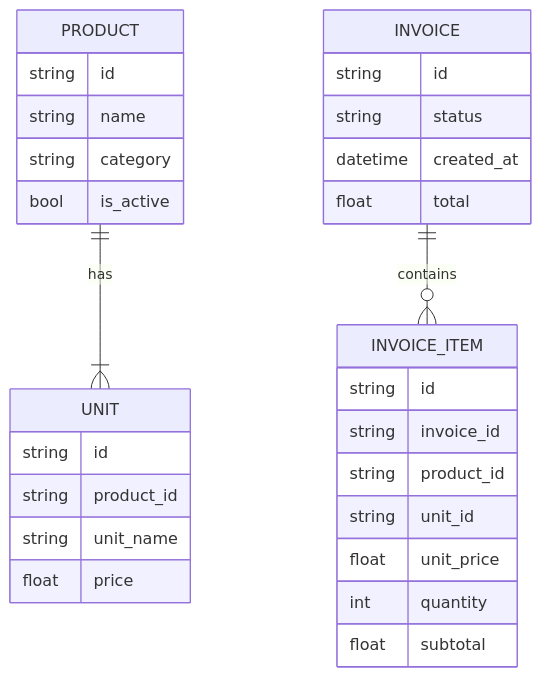
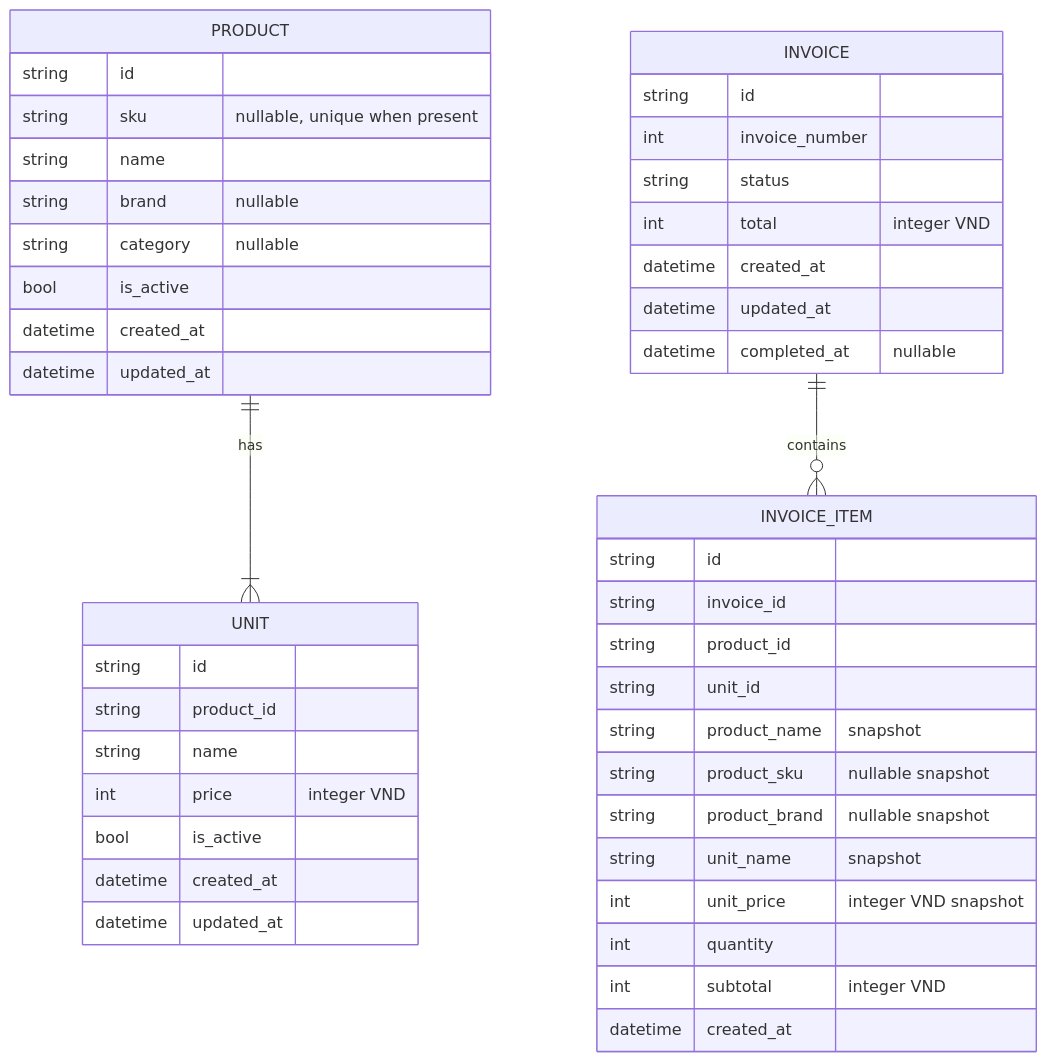
One commit to baonguyen1776/smart_invoice changed the second of 2 diagrams in docs/use-cases/UC-02-product-management.md. Above: the diagram before and after it, drawn with Mermaid. The commit also changed other lines of this file and 7 other files, not shown here.

````diff
--- a/docs/use-cases/UC-02-product-management.md
+++ b/docs/use-cases/UC-02-product-management.md
@@ -47,32 +90,47 @@
 ```mermaid
 erDiagram
     PRODUCT ||--|{ UNIT : has
     PRODUCT {
         string id
+        string sku "nullable, unique when present"
         string name
-        string category
+        string brand "nullable"
+        string category "nullable"
         bool is_active
+        datetime created_at
+        datetime updated_at
     }
     UNIT {
         string id
         string product_id
-        string unit_name
-        float price
+        string name
+        int price "integer VND"
+        bool is_active
+        datetime created_at
+        datetime updated_at
     }
     INVOICE ||--o{ INVOICE_ITEM : contains
     INVOICE {
         string id
+        int invoice_number
         string status
+        int total "integer VND"
         datetime created_at
-        float total
+        datetime updated_at
+        datetime completed_at "nullable"
     }
     INVOICE_ITEM {
         string id
         string invoice_id
         string product_id
         string unit_id
-        float unit_price
+        string product_name "snapshot"
+        string product_sku "nullable snapshot"
+        string product_brand "nullable snapshot"
+        string unit_name "snapshot"
+        int unit_price "integer VND snapshot"
         int quantity
-        float subtotal
+        int subtotal "integer VND"
+        datetime created_at
     }
 ```
````
